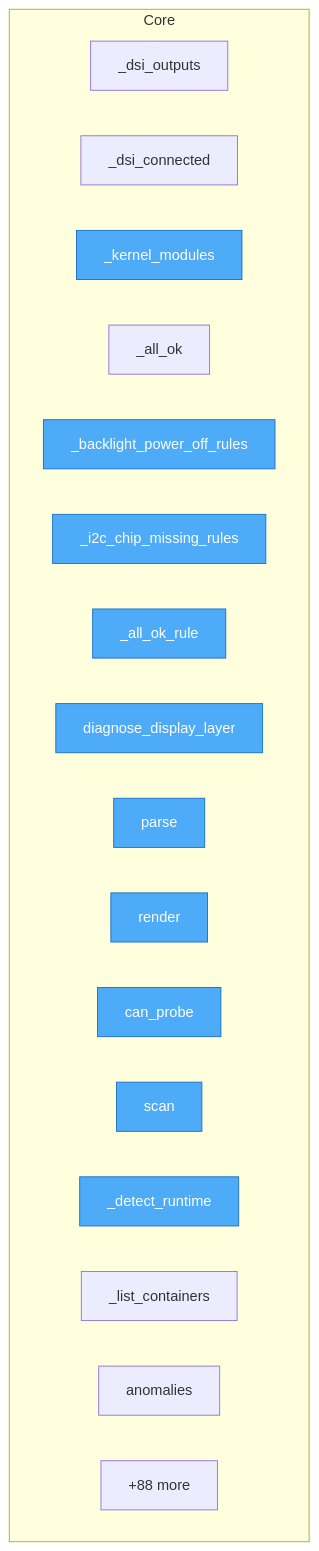
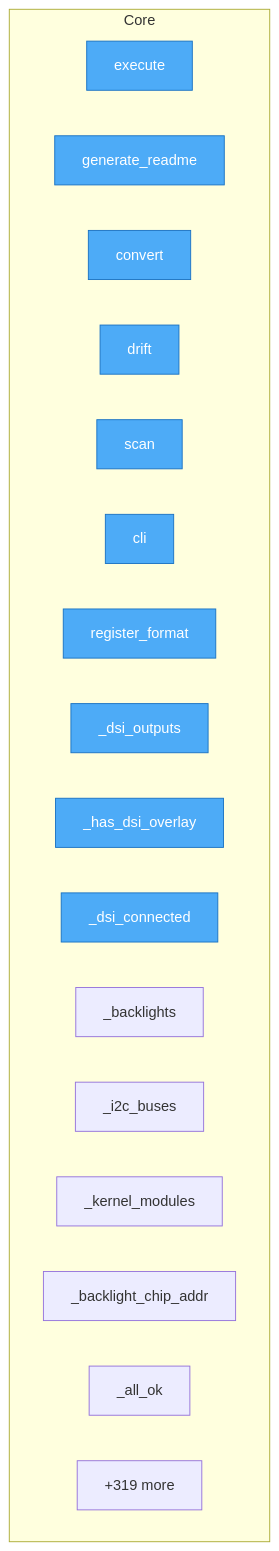
The diagram in project/flow.mmd (semcod/op3), drawn with Mermaid before and after one commit. The commit also changed 28 other files, not shown here.

```diff
--- a/project/flow.mmd
+++ b/project/flow.mmd
@@ -1,25 +1,25 @@
 flowchart TD
 
     %% Entry points (blue)
     classDef entry fill:#4dabf7,stroke:#1971c2,color:#fff
 
     subgraph Core
-        src__opstree__probes__builtin__rpi_diagnostics___dsi_outputs["_dsi_outputs"]
-        src__opstree__probes__builtin__rpi_diagnostics___dsi_connected["_dsi_connected"]
-        src__opstree__probes__builtin__rpi_diagnostics___kernel_modules["_kernel_modules"]
-        src__opstree__probes__builtin__rpi_diagnostics___all_ok["_all_ok"]
-        src__opstree__probes__builtin__rpi_diagnostics___backlight_power_off_rules["_backlight_power_off_rules"]
-        src__opstree__probes__builtin__rpi_diagnostics___i2c_chip_missing_rules["_i2c_chip_missing_rules"]
-        src__opstree__probes__builtin__rpi_diagnostics___all_ok_rule["_all_ok_rule"]
-        src__opstree__probes__builtin__rpi_diagnostics__diagnose_display_layer["diagnose_display_layer"]
-        src__opstree__formats__migration_yaml__MigrationYamlAdapter__parse["parse"]
-        src__opstree__formats__migration_yaml__MigrationYamlAdapter__render["render"]
-        src__opstree__probes__builtin__runtime_container__RuntimeContainerProbe__can_probe["can_probe"]
-        src__opstree__probes__builtin__runtime_container__RuntimeContainerProbe__scan["scan"]
-        src__opstree__probes__builtin__runtime_container__RuntimeContainerProbe___detect_runtime["_detect_runtime"]
-        src__opstree__probes__builtin__runtime_container__RuntimeContainerProbe___list_containers["_list_containers"]
-        src__opstree__probes__builtin__runtime_container__RuntimeContainerProbe__anomalies["anomalies"]
-        ...["+88 more"]
+        README__execute["execute"]
+        docs__README__generate_readme["generate_readme"]
+        SUMD__convert["convert"]
+        SUMD__drift["drift"]
+        SUMD__scan["scan"]
+        SUMD__cli["cli"]
+        SUMD__register_format["register_format"]
+        SUMD___dsi_outputs["_dsi_outputs"]
+        SUMD___has_dsi_overlay["_has_dsi_overlay"]
+        SUMD___dsi_connected["_dsi_connected"]
+        SUMD___backlights["_backlights"]
+        SUMD___i2c_buses["_i2c_buses"]
+        SUMD___kernel_modules["_kernel_modules"]
+        SUMD___backlight_chip_addr["_backlight_chip_addr"]
+        SUMD___all_ok["_all_ok"]
+        ...["+319 more"]
     end
 
-    class src__opstree__probes__builtin__rpi_diagnostics___kernel_modules,src__opstree__probes__builtin__rpi_diagnostics___backlight_power_off_rules,src__opstree__probes__builtin__rpi_diagnostics___i2c_chip_missing_rules,src__opstree__probes__builtin__rpi_diagnostics___all_ok_rule,src__opstree__probes__builtin__rpi_diagnostics__diagnose_display_layer,src__opstree__formats__migration_yaml__MigrationYamlAdapter__parse,src__opstree__formats__migration_yaml__MigrationYamlAdapter__render,src__opstree__probes__builtin__runtime_container__RuntimeContainerProbe__can_probe,src__opstree__probes__builtin__runtime_container__RuntimeContainerProbe__scan,src__opstree__probes__builtin__runtime_container__RuntimeContainerProbe___detect_runtime entry
+    class README__execute,docs__README__generate_readme,SUMD__convert,SUMD__drift,SUMD__scan,SUMD__cli,SUMD__register_format,SUMD___dsi_outputs,SUMD___has_dsi_overlay,SUMD___dsi_connected entry
```
